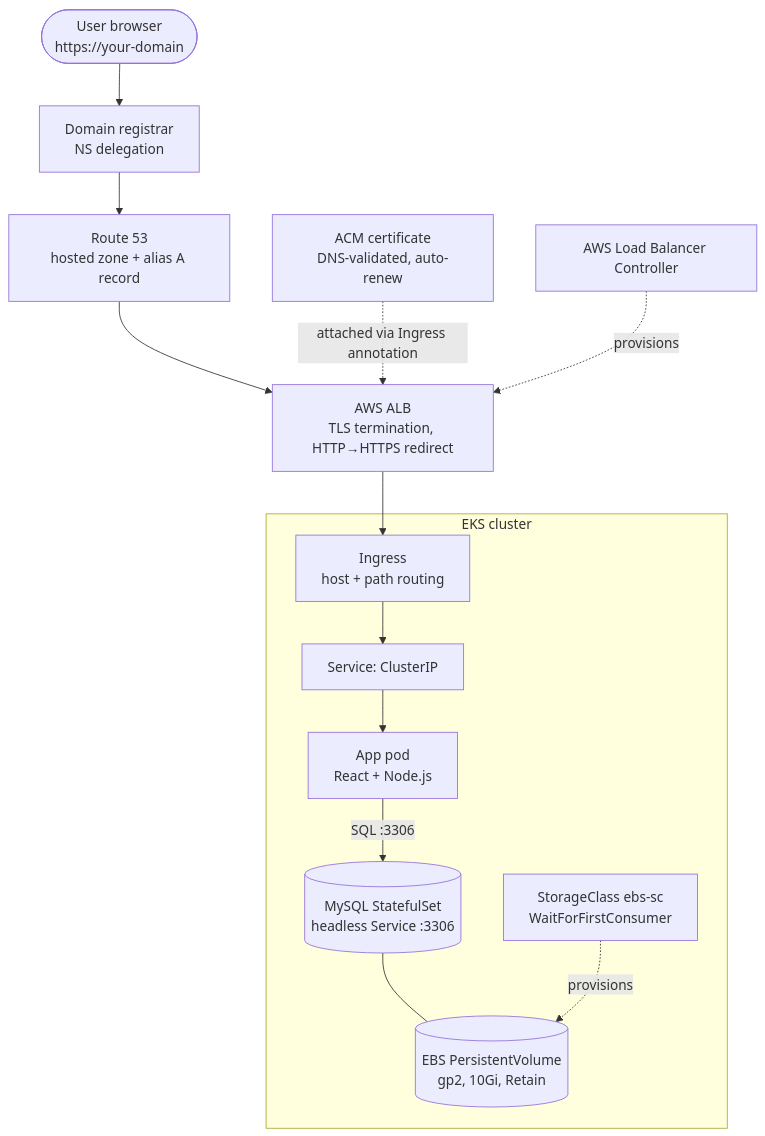
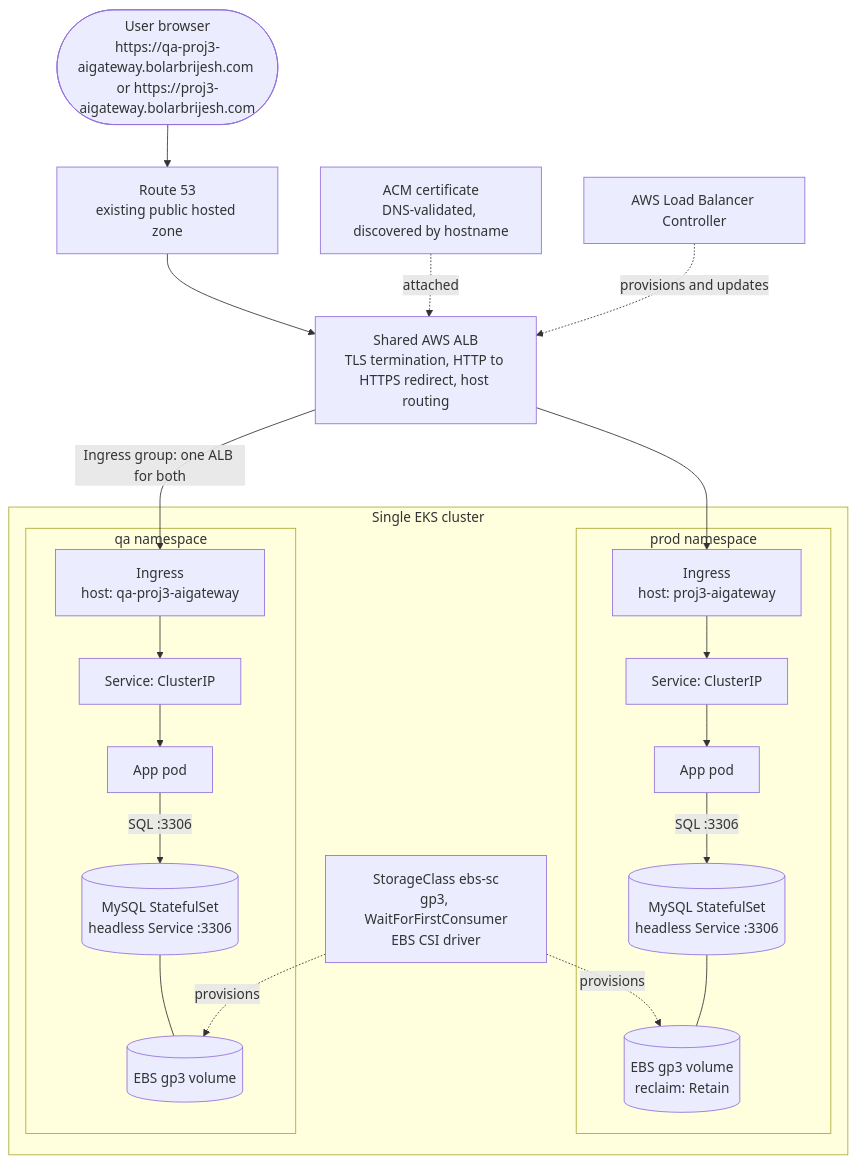
One commit to meetbrij/prod-grade-e2e-devsecops-pipeline changed the first of 8 diagrams in README.md. Above: the diagram before and after it, drawn with Mermaid. The commit also changed other lines of this file and 3 other files, not shown here.

````diff
--- a/README.md
+++ b/README.md
@@ -75,22 +77,34 @@
 ```mermaid
 flowchart TD
-    U([User browser<br/>https://your-domain]) --> NC[Domain registrar<br/>NS delegation]
-    NC --> R53[Route 53<br/>hosted zone + alias A record]
-    R53 --> ALB[AWS ALB<br/>TLS termination, HTTP→HTTPS redirect]
-    ACM[ACM certificate<br/>DNS-validated, auto-renew] -. attached via Ingress annotation .-> ALB
-    ALBC[AWS Load Balancer Controller] -. provisions .-> ALB
+    U([User browser<br/>https://qa-proj3-aigateway.bolarbrijesh.com or https://proj3-aigateway.bolarbrijesh.com]) --> R53[Route 53<br/>existing public hosted zone]
+    R53 --> ALB[Shared AWS ALB<br/>TLS termination, HTTP to HTTPS redirect, host routing]
+    ACM[ACM certificate<br/>DNS-validated, discovered by hostname] -. attached .-> ALB
+    ALBC[AWS Load Balancer Controller] -. provisions and updates .-> ALB
 
-    subgraph EKS[EKS cluster]
-        ING[Ingress<br/>host + path routing]
-        SVC[Service: ClusterIP]
-        APP[App pod<br/>React + Node.js]
-        DB[(MySQL StatefulSet<br/>headless Service :3306)]
-        PV[(EBS PersistentVolume<br/>gp2, 10Gi, Retain)]
-        SC[StorageClass ebs-sc<br/>WaitForFirstConsumer]
-        ING --> SVC --> APP -->|SQL :3306| DB
-        DB --- PV
-        SC -. provisions .-> PV
+    subgraph EKS[Single EKS cluster]
+        subgraph QA[qa namespace]
+            INGQ[Ingress<br/>host: qa-proj3-aigateway]
+            SVCQ[Service: ClusterIP]
+            APPQ[App pod]
+            DBQ[(MySQL StatefulSet<br/>headless Service :3306)]
+            PVQ[(EBS gp3 volume)]
+            INGQ --> SVCQ --> APPQ -->|SQL :3306| DBQ
+            DBQ --- PVQ
+        end
+        subgraph PROD[prod namespace]
+            INGP[Ingress<br/>host: proj3-aigateway]
+            SVCP[Service: ClusterIP]
+            APPP[App pod]
+            DBP[(MySQL StatefulSet<br/>headless Service :3306)]
+            PVP[(EBS gp3 volume<br/>reclaim: Retain)]
+            INGP --> SVCP --> APPP -->|SQL :3306| DBP
+            DBP --- PVP
+        end
+        SC[StorageClass ebs-sc<br/>gp3, WaitForFirstConsumer<br/>EBS CSI driver]
+        SC -. provisions .-> PVQ
+        SC -. provisions .-> PVP
     end
 
-    ALB --> ING
+    ALB -->|Ingress group: one ALB for both| INGQ
+    ALB --> INGP
 ```
````
